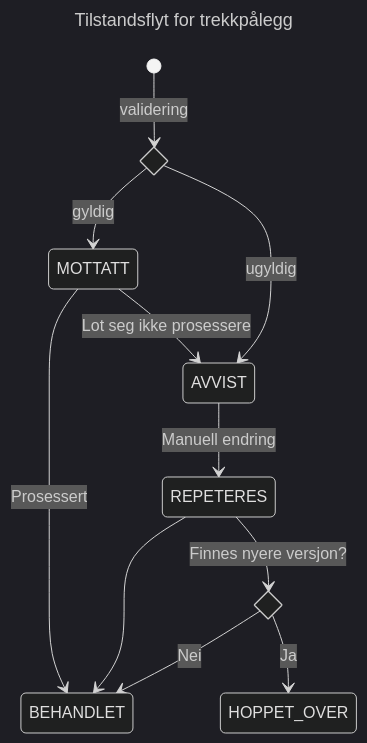
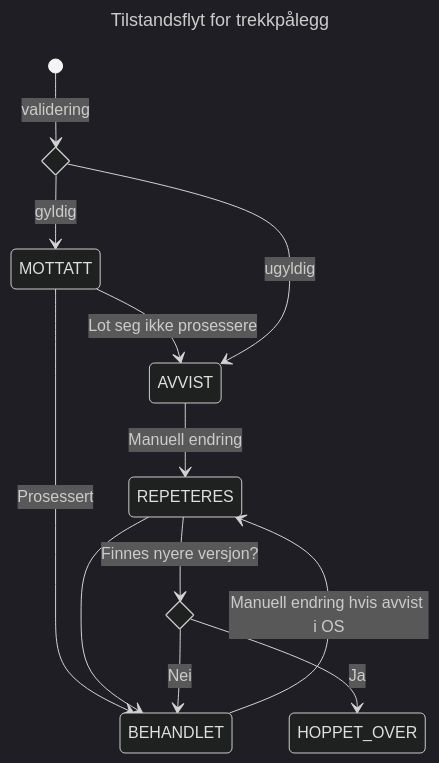
The diagram in dokumentasjon/flytdiagram/README.md (navikt/sokos-utleggstrekk), drawn with Mermaid (dark theme) before and after one commit. The commit also changed other lines of this file, not shown here.

First line of the commit message:
Add transition for BEHANDLET state in flowchart (#226)

````diff
--- a/dokumentasjon/flytdiagram/README.md
+++ b/dokumentasjon/flytdiagram/README.md
@@ -16,18 +18,19 @@
 ```mermaid
 ---
 title: Tilstandsflyt for trekkpålegg
 ---
 stateDiagram-v2
     state if_state <<choice>>
     state finnes_nyere <<choice>>
     [*] --> if_state : validering
     if_state --> MOTTATT : gyldig
     MOTTATT --> AVVIST : Lot seg ikke prosessere
     if_state --> AVVIST : ugyldig
     MOTTATT --> BEHANDLET : Prosessert
     AVVIST --> REPETERES : Manuell endring
+    BEHANDLET --> REPETERES : Manuell endring hvis avvist i OS
     REPETERES --> BEHANDLET
     REPETERES --> finnes_nyere : Finnes nyere versjon?
     finnes_nyere --> HOPPET_OVER : Ja
     finnes_nyere --> BEHANDLET : Nei
 ```
````
